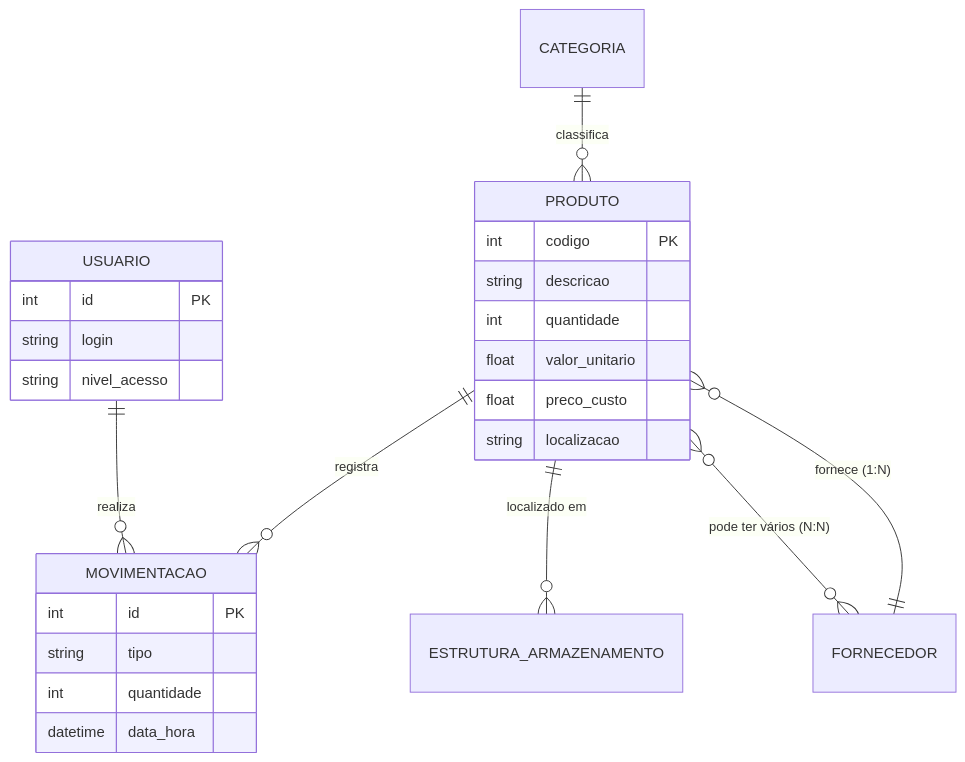
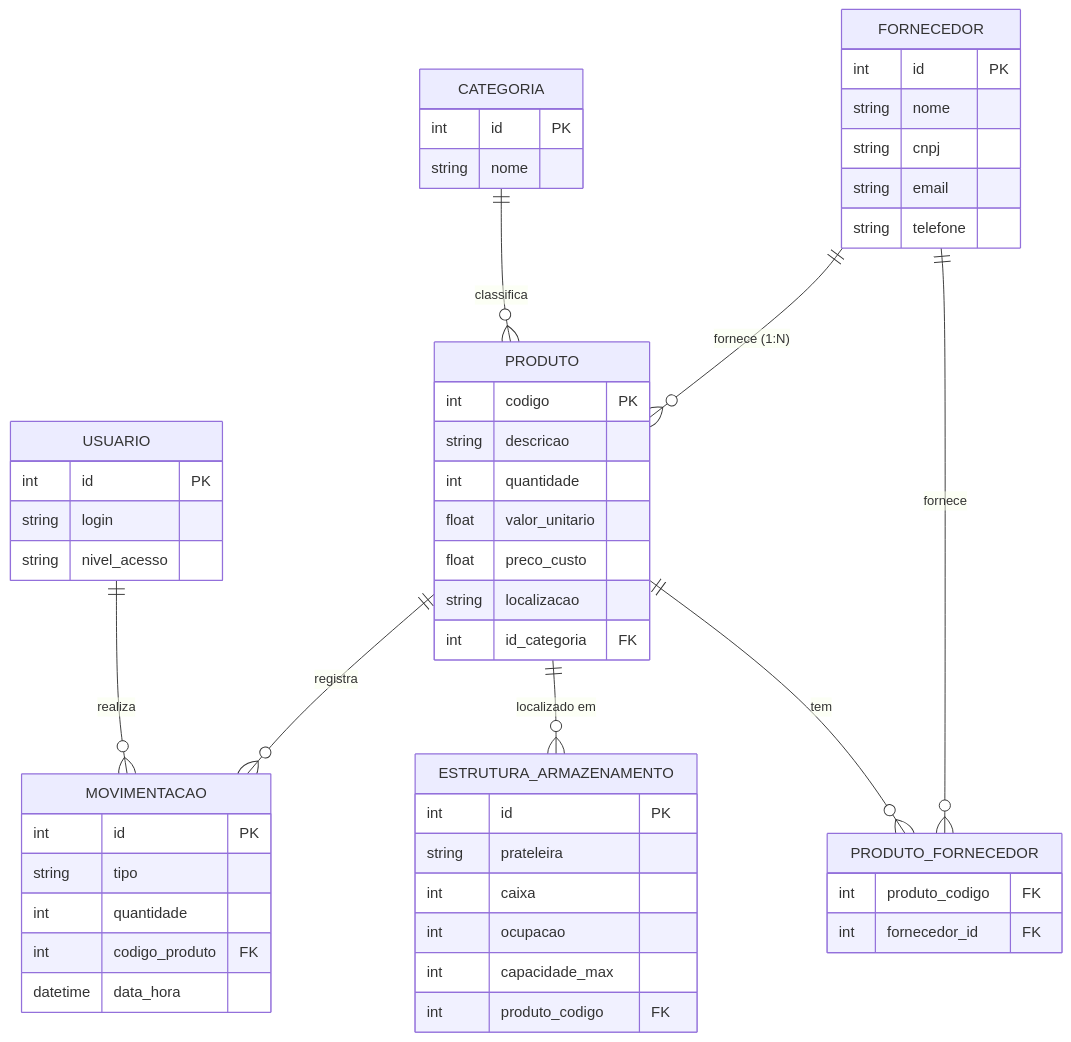
Before and after one commit to plfrancisco/Controle-De-Estoque-: the diagram in README.md, drawn with Mermaid.

Commit message:
docs: correção dos atributos ausentes no DER e sincronização completa com o banco

````diff
--- a/README.md
+++ b/README.md
@@ -17,31 +17,61 @@
 ```mermaid
 erDiagram
     USUARIO ||--o{ MOVIMENTACAO : "realiza"
     CATEGORIA ||--o{ PRODUTO : "classifica"
     FORNECEDOR ||--o{ PRODUTO : "fornece (1:N)"
     PRODUTO ||--o{ MOVIMENTACAO : "registra"
     PRODUTO ||--o{ ESTRUTURA_ARMAZENAMENTO : "localizado em"
-    PRODUTO }o--o{ FORNECEDOR : "pode ter vários (N:N)"
+    PRODUTO ||--o{ PRODUTO_FORNECEDOR : "tem"
+    FORNECEDOR ||--o{ PRODUTO_FORNECEDOR : "fornece"
 
     USUARIO {
         int id PK
         string login
         string nivel_acesso
+    }
+
+    CATEGORIA {
+        int id PK
+        string nome
+    }
+
+    FORNECEDOR {
+        int id PK
+        string nome
+        string cnpj
+        string email
+        string telefone
     }
 
     PRODUTO {
         int codigo PK
         string descricao
         int quantidade
         float valor_unitario
         float preco_custo
         string localizacao
+        int id_categoria FK
+    }
+
+    ESTRUTURA_ARMAZENAMENTO {
+        int id PK
+        string prateleira
+        int caixa
+        int ocupacao
+        int capacidade_max
+        int produto_codigo FK
     }
 
     MOVIMENTACAO {
         int id PK
         string tipo
         int quantidade
+        int codigo_produto FK
         datetime data_hora
     }
+
+    PRODUTO_FORNECEDOR {
+        int produto_codigo FK
+        int fornecedor_id FK
+    }
 ```
````
